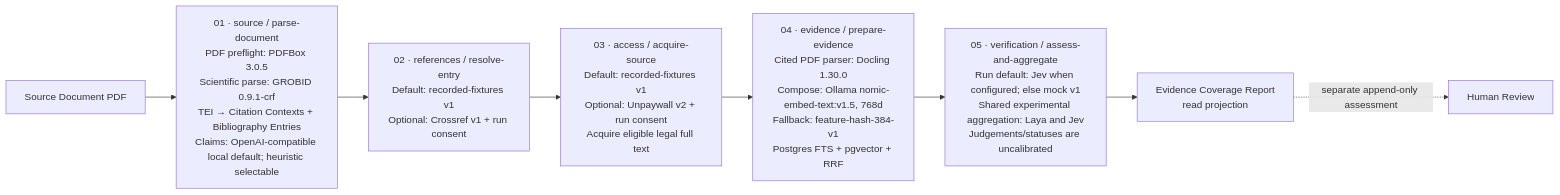
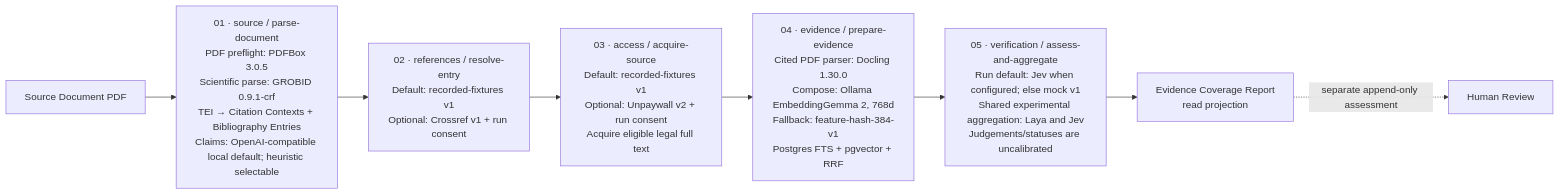
Before and after one commit to arrokh/paper-t-rail: the first of 2 diagrams in docs/pipeline-feature-matrix.md, drawn with Mermaid. The commit also changed other lines of this file and 23 other files, not shown here.

First line of the commit message:
[api-web-infra] feat: Use EmbeddingGemma for new runs

````diff
--- a/docs/pipeline-feature-matrix.md
+++ b/docs/pipeline-feature-matrix.md
@@ -23,10 +23,10 @@
 ```mermaid
 flowchart LR
     PDF["Source Document PDF"] --> S1
     S1["01 · source / parse-document<br/>PDF preflight: PDFBox 3.0.5<br/>Scientific parse: GROBID 0.9.1-crf<br/>TEI → Citation Contexts + Bibliography Entries<br/>Claims: OpenAI-compatible local default; heuristic selectable"] --> S2
     S2["02 · references / resolve-entry<br/>Default: recorded-fixtures v1<br/>Optional: Crossref v1 + run consent"] --> S3
     S3["03 · access / acquire-source<br/>Default: recorded-fixtures v1<br/>Optional: Unpaywall v2 + run consent<br/>Acquire eligible legal full text"] --> S4
-    S4["04 · evidence / prepare-evidence<br/>Cited PDF parser: Docling 1.30.0<br/>Compose: Ollama nomic-embed-text:v1.5, 768d<br/>Fallback: feature-hash-384-v1<br/>Postgres FTS + pgvector + RRF"] --> S5
+    S4["04 · evidence / prepare-evidence<br/>Cited PDF parser: Docling 1.30.0<br/>Compose: Ollama EmbeddingGemma 2, 768d<br/>Fallback: feature-hash-384-v1<br/>Postgres FTS + pgvector + RRF"] --> S5
     S5["05 · verification / assess-and-aggregate<br/>Run default: Jev when configured; else mock v1<br/>Shared experimental aggregation: Laya and Jev<br/>Judgements/statuses are uncalibrated"] --> REPORT["Evidence Coverage Report<br/>read projection"]
     REPORT -. separate append-only assessment .-> REVIEW["Human Review"]
 ```
````
